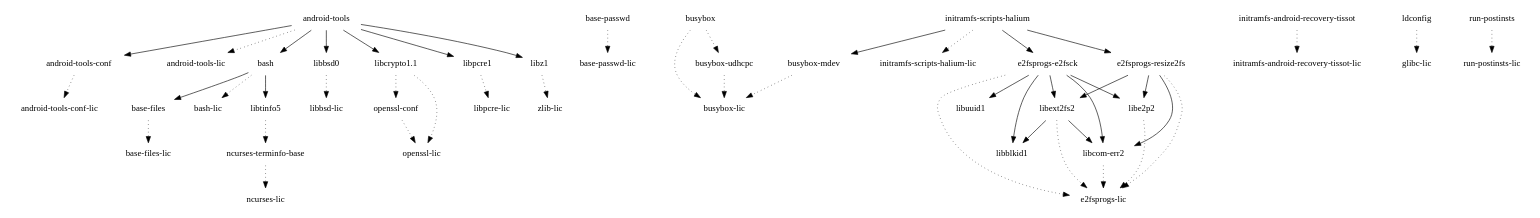
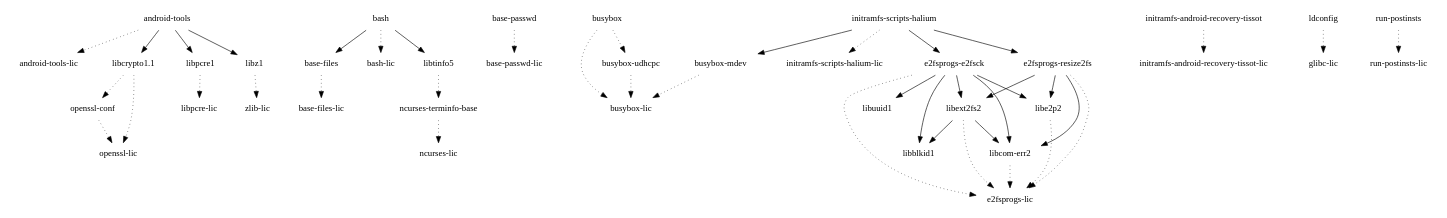
The diagram in images/tissot/glibc/initramfs-android-image/depends-nokernel-nolibc-noupdate.dot (webOS-ports/buildhistory), drawn with Graphviz before and after one commit. The commit also changed 1811 other files, not shown here.

```diff
--- a/images/tissot/glibc/initramfs-android-image/depends-nokernel-nolibc-noupdate.dot
+++ b/images/tissot/glibc/initramfs-android-image/depends-nokernel-nolibc-noupdate.dot
@@ -1,50 +1,45 @@
 digraph depends {
     node [shape=plaintext]
-"android-tools" -> "android-tools-conf"
 "android-tools" -> "android-tools-lic" [style=dotted]
-"android-tools" -> "bash"
-"android-tools-conf" -> "android-tools-conf-lic" [style=dotted]
-"android-tools" -> "libbsd0"
 "android-tools" -> "libcrypto1.1"
 "android-tools" -> "libpcre1"
 "android-tools" -> "libz1"
 "base-files" -> "base-files-lic" [style=dotted]
 "base-passwd" -> "base-passwd-lic" [style=dotted]
 "bash" -> "base-files"
 "bash" -> "bash-lic" [style=dotted]
 "bash" -> "libtinfo5"
 "busybox" -> "busybox-lic" [style=dotted]
 "busybox" -> "busybox-udhcpc" [style=dotted]
 "busybox-mdev" -> "busybox-lic" [style=dotted]
 "busybox-udhcpc" -> "busybox-lic" [style=dotted]
 "e2fsprogs-e2fsck" -> "e2fsprogs-lic" [style=dotted]
 "e2fsprogs-e2fsck" -> "libblkid1"
 "e2fsprogs-e2fsck" -> "libcom-err2"
 "e2fsprogs-e2fsck" -> "libe2p2"
 "e2fsprogs-e2fsck" -> "libext2fs2"
 "e2fsprogs-e2fsck" -> "libuuid1"
 "e2fsprogs-resize2fs" -> "e2fsprogs-lic" [style=dotted]
 "e2fsprogs-resize2fs" -> "libcom-err2"
 "e2fsprogs-resize2fs" -> "libe2p2"
 "e2fsprogs-resize2fs" -> "libext2fs2"
 "initramfs-android-recovery-tissot" -> "initramfs-android-recovery-tissot-lic" [style=dotted]
 "initramfs-scripts-halium" -> "busybox-mdev"
 "initramfs-scripts-halium" -> "e2fsprogs-e2fsck"
 "initramfs-scripts-halium" -> "e2fsprogs-resize2fs"
 "initramfs-scripts-halium" -> "initramfs-scripts-halium-lic" [style=dotted]
 "ldconfig" -> "glibc-lic" [style=dotted]
-"libbsd0" -> "libbsd-lic" [style=dotted]
 "libcom-err2" -> "e2fsprogs-lic" [style=dotted]
 "libcrypto1.1" -> "openssl-conf" [style=dotted]
 "libcrypto1.1" -> "openssl-lic" [style=dotted]
 "libe2p2" -> "e2fsprogs-lic" [style=dotted]
 "libext2fs2" -> "e2fsprogs-lic" [style=dotted]
 "libext2fs2" -> "libblkid1"
 "libext2fs2" -> "libcom-err2"
 "libpcre1" -> "libpcre-lic" [style=dotted]
 "libtinfo5" -> "ncurses-terminfo-base" [style=dotted]
 "libz1" -> "zlib-lic" [style=dotted]
 "ncurses-terminfo-base" -> "ncurses-lic" [style=dotted]
 "openssl-conf" -> "openssl-lic" [style=dotted]
 "run-postinsts" -> "run-postinsts-lic" [style=dotted]
 }
```
